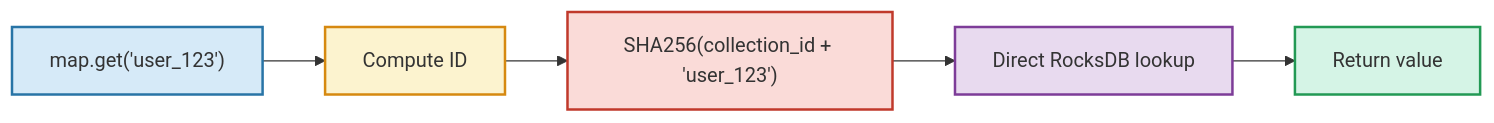
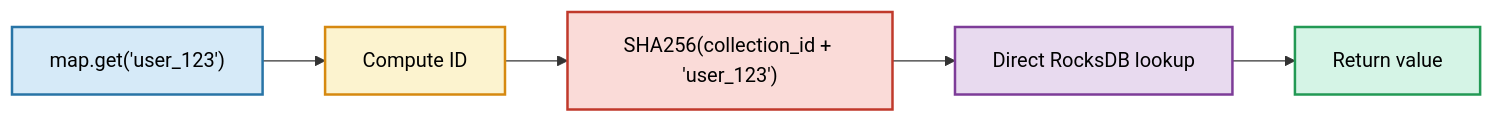
The fifth of 9 diagrams in crates/storage/README.md (calimero-network/core), drawn with Mermaid before and after one commit. The commit also changed other lines of this file, not shown here.

First line of the commit message:
docs(storage): add black text color to all diagrams

````diff
--- a/crates/storage/README.md
+++ b/crates/storage/README.md
@@ -169,13 +169,13 @@
 ```mermaid
 graph LR
     A["map.get('user_123')"] --> B[Compute ID]
     B --> C["SHA256(collection_id + 'user_123')"]
     C --> D[Direct RocksDB lookup]
     D --> E[Return value]
     
-    style A fill:#D6EAF8,stroke:#2874A6,stroke-width:2px
-    style B fill:#FCF3CF,stroke:#D68910,stroke-width:2px
-    style C fill:#FADBD8,stroke:#C0392B,stroke-width:2px
-    style D fill:#E8DAEF,stroke:#7D3C98,stroke-width:2px
-    style E fill:#D5F4E6,stroke:#229954,stroke-width:2px
+    style A fill:#D6EAF8,stroke:#2874A6,stroke-width:2px,color:#000
+    style B fill:#FCF3CF,stroke:#D68910,stroke-width:2px,color:#000
+    style C fill:#FADBD8,stroke:#C0392B,stroke-width:2px,color:#000
+    style D fill:#E8DAEF,stroke:#7D3C98,stroke-width:2px,color:#000
+    style E fill:#D5F4E6,stroke:#229954,stroke-width:2px,color:#000
 ```
````
